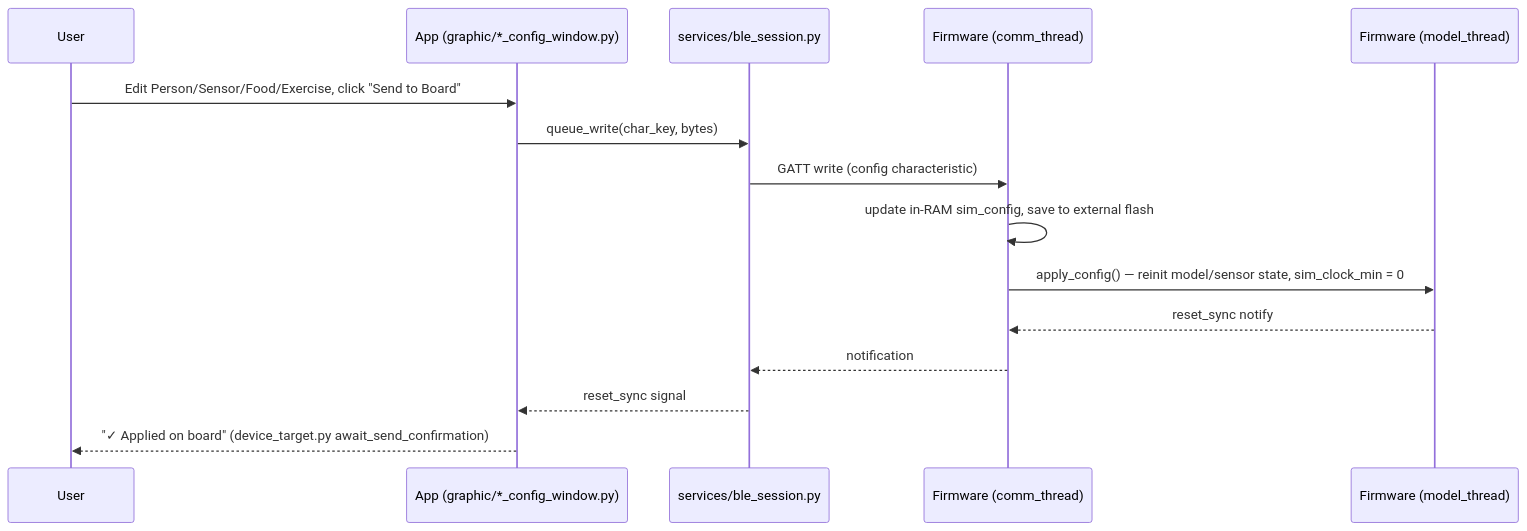
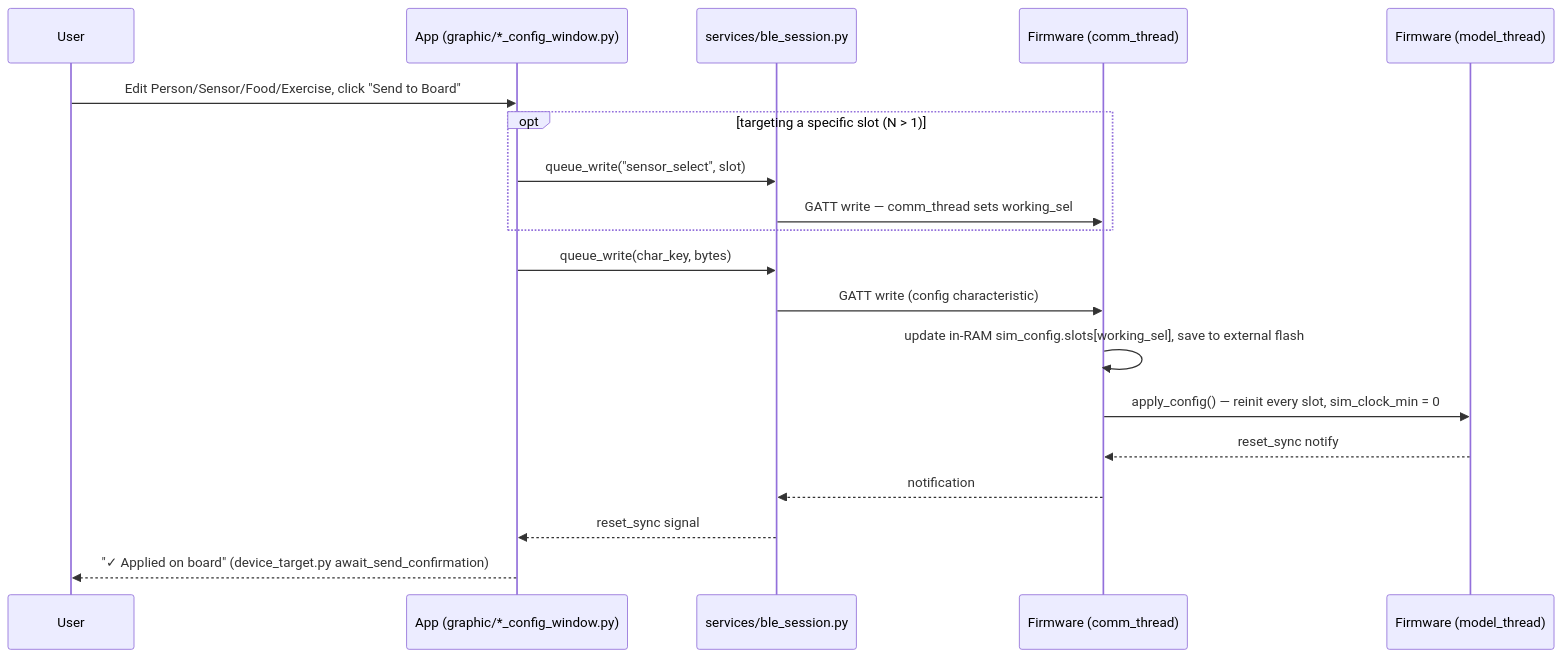
One commit to gomes717/SensorSimulator changed the second of 6 diagrams in docs/ARCHITECTURE.md. Above: the diagram before and after it, drawn with Mermaid. The commit also changed other lines of this file and 66 other files, not shown here.

````diff
--- a/docs/ARCHITECTURE.md
+++ b/docs/ARCHITECTURE.md
@@ -110,18 +124,22 @@
 ```mermaid
 sequenceDiagram
     participant U as User
     participant App as App (graphic/*_config_window.py)
     participant BLE as services/ble_session.py
     participant FW as Firmware (comm_thread)
     participant Model as Firmware (model_thread)
 
     U->>App: Edit Person/Sensor/Food/Exercise, click "Send to Board"
+    opt targeting a specific slot (N > 1)
+        App->>BLE: queue_write("sensor_select", slot)
+        BLE->>FW: GATT write — comm_thread sets working_sel
+    end
     App->>BLE: queue_write(char_key, bytes)
     BLE->>FW: GATT write (config characteristic)
-    FW->>FW: update in-RAM sim_config, save to external flash
-    FW->>Model: apply_config() — reinit model/sensor state, sim_clock_min = 0
+    FW->>FW: update in-RAM sim_config.slots[working_sel], save to external flash
+    FW->>Model: apply_config() — reinit every slot, sim_clock_min = 0
     Model-->>FW: reset_sync notify
     FW-->>BLE: notification
     BLE-->>App: reset_sync signal
     App-->>U: "✓ Applied on board" (device_target.py await_send_confirmation)
 ```
````
